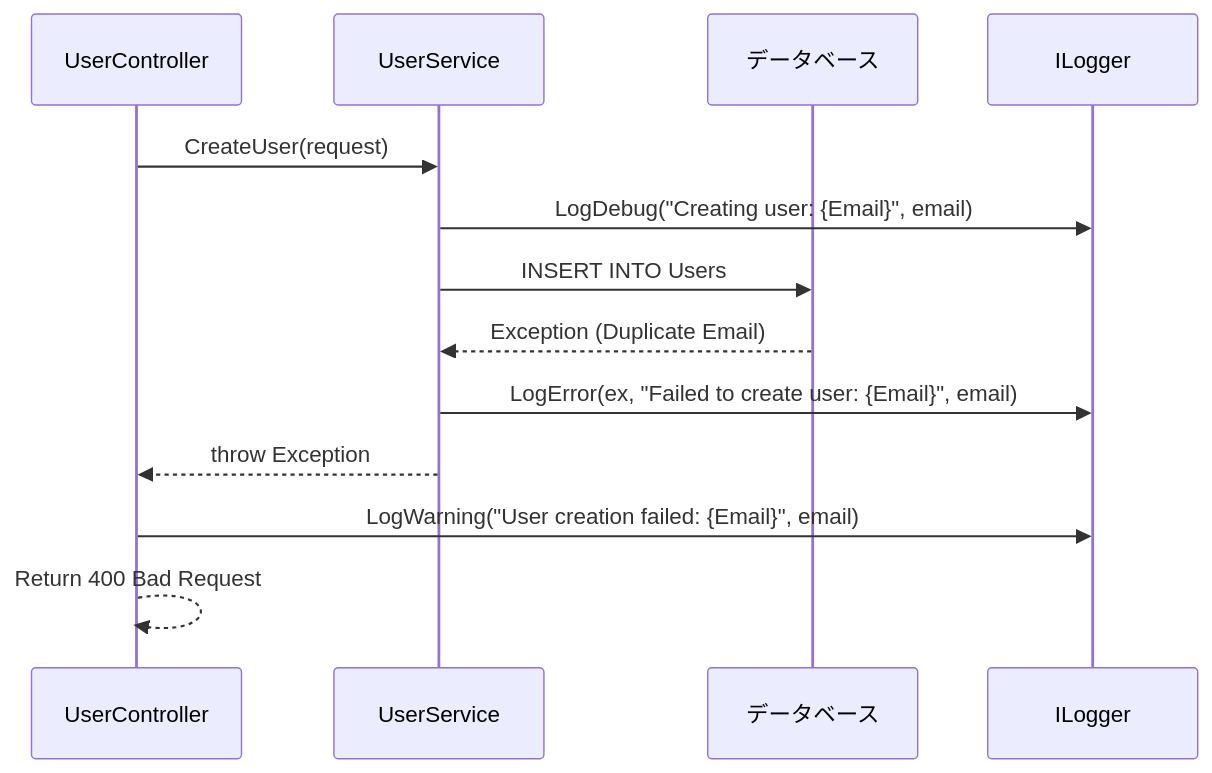
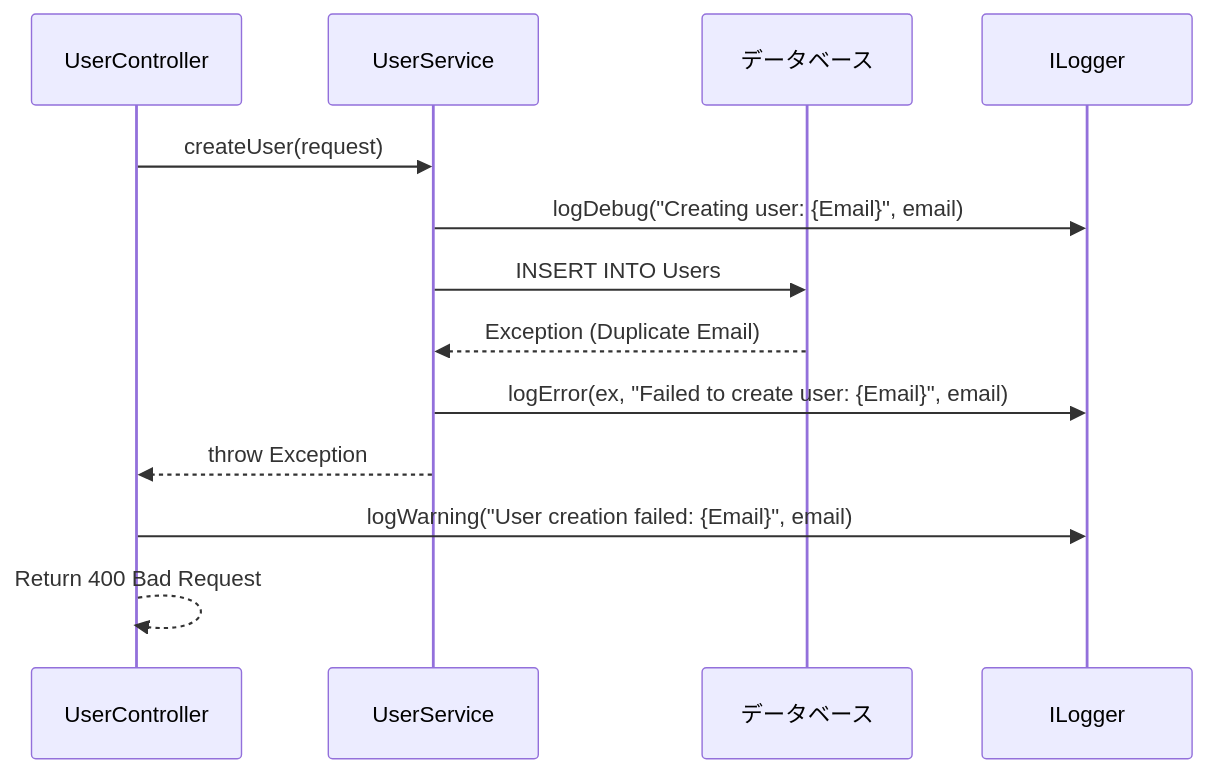
Before and after one commit to RYA234/dotnet_container: the eighth of 9 diagrams in .github/docs/common-design/logging.md, drawn with Mermaid. The commit also changed other lines of this file, not shown here.

````diff
--- a/.github/docs/common-design/logging.md
+++ b/.github/docs/common-design/logging.md
@@ -263,19 +304,19 @@
 ```mermaid
 sequenceDiagram
     participant Controller as UserController
     participant Service as UserService
     participant DB as データベース
     participant Logger as ILogger
 
-    Controller->>Service: CreateUser(request)
-    Service->>Logger: LogDebug("Creating user: {Email}", email)
-    
+    Controller->>Service: createUser(request)
+    Service->>Logger: logDebug("Creating user: {Email}", email)
+
     Service->>DB: INSERT INTO Users
     DB-->>Service: Exception (Duplicate Email)
-    
-    Service->>Logger: LogError(ex, "Failed to create user: {Email}", email)
+
+    Service->>Logger: logError(ex, "Failed to create user: {Email}", email)
     Service-->>Controller: throw Exception
-    
-    Controller->>Logger: LogWarning("User creation failed: {Email}", email)
+
+    Controller->>Logger: logWarning("User creation failed: {Email}", email)
     Controller-->>Controller: Return 400 Bad Request
 ```
````
